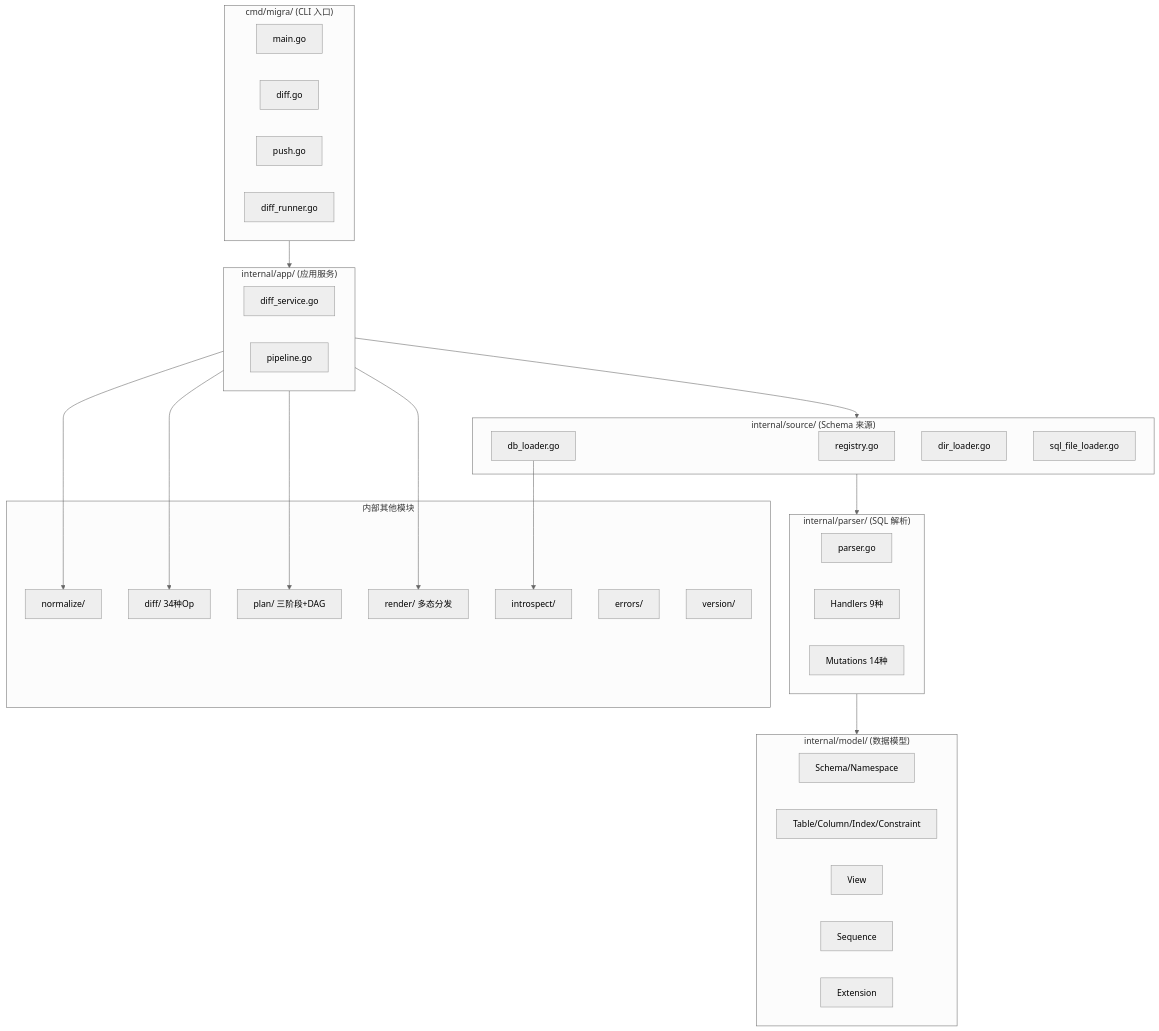
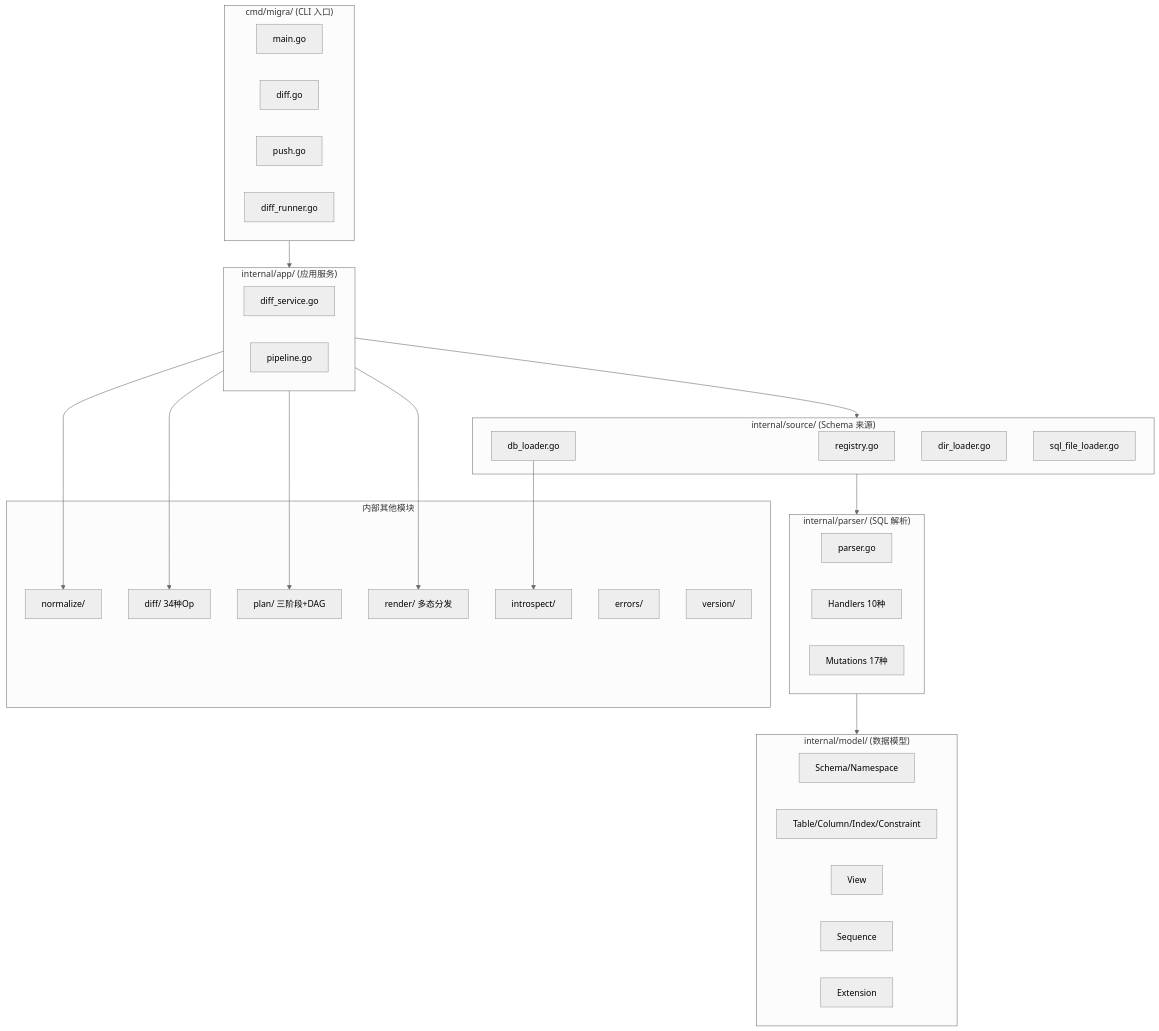
Before and after one commit to fred29910/migra-go: the second of 9 diagrams in docs/arch.md, drawn with Mermaid (neutral theme). The commit also changed other lines of this file and 8 other files, not shown here.

````diff
--- a/docs/arch.md
+++ b/docs/arch.md
@@ -45,49 +45,49 @@
 ```mermaid
 flowchart TD
     subgraph CLI["cmd/migra/ (CLI 入口)"]
         main[main.go]
         diff_cmd[diff.go]
         push_cmd[push.go]
         runner[diff_runner.go]
     end
     subgraph App["internal/app/ (应用服务)"]
         diff_svc[diff_service.go]
         pipeline[pipeline.go]
     end
     subgraph Source["internal/source/ (Schema 来源)"]
         registry[registry.go]
         db[db_loader.go]
         dir[dir_loader.go]
         sql[sql_file_loader.go]
     end
     subgraph Parser["internal/parser/ (SQL 解析)"]
         parser_impl[parser.go]
-        handlers[Handlers 9种]
-        mutations[Mutations 14种]
+        handlers[Handlers 10种]
+        mutations[Mutations 17种]
     end
     subgraph Model["internal/model/ (数据模型)"]
         schema[Schema/Namespace]
         table[Table/Column/Index/Constraint]
         view[View]
         seq[Sequence]
         ext[Extension]
     end
     subgraph Other["内部其他模块"]
         normalize_impl[normalize/]
         diff_impl[diff/ 34种Op]
         plan_impl[plan/ 三阶段+DAG]
         render_impl[render/ 多态分发]
         introspect_impl[introspect/]
         errors_impl[errors/]
         version_impl[version/]
     end
     CLI --> App
     App --> Source
     Source --> Parser
     Parser --> Model
     App --> normalize_impl
     App --> diff_impl
     App --> plan_impl
     App --> render_impl
     db --> introspect_impl
 ```
````
